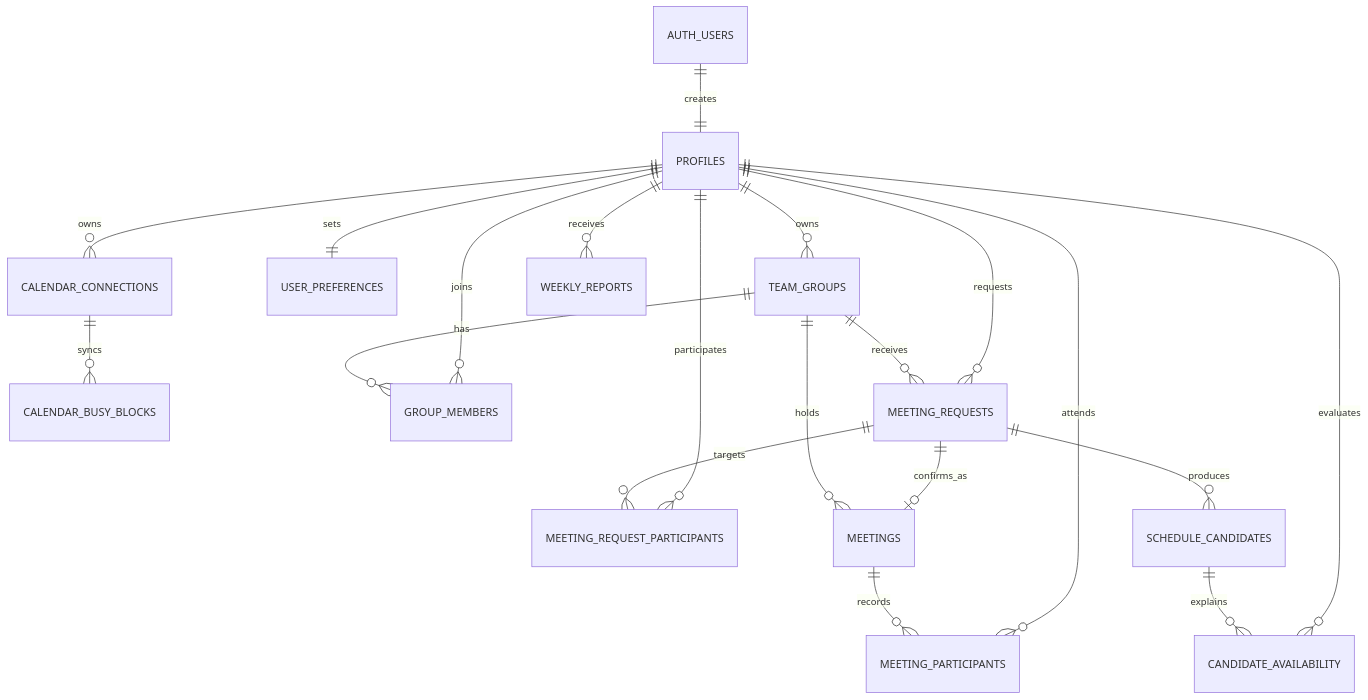
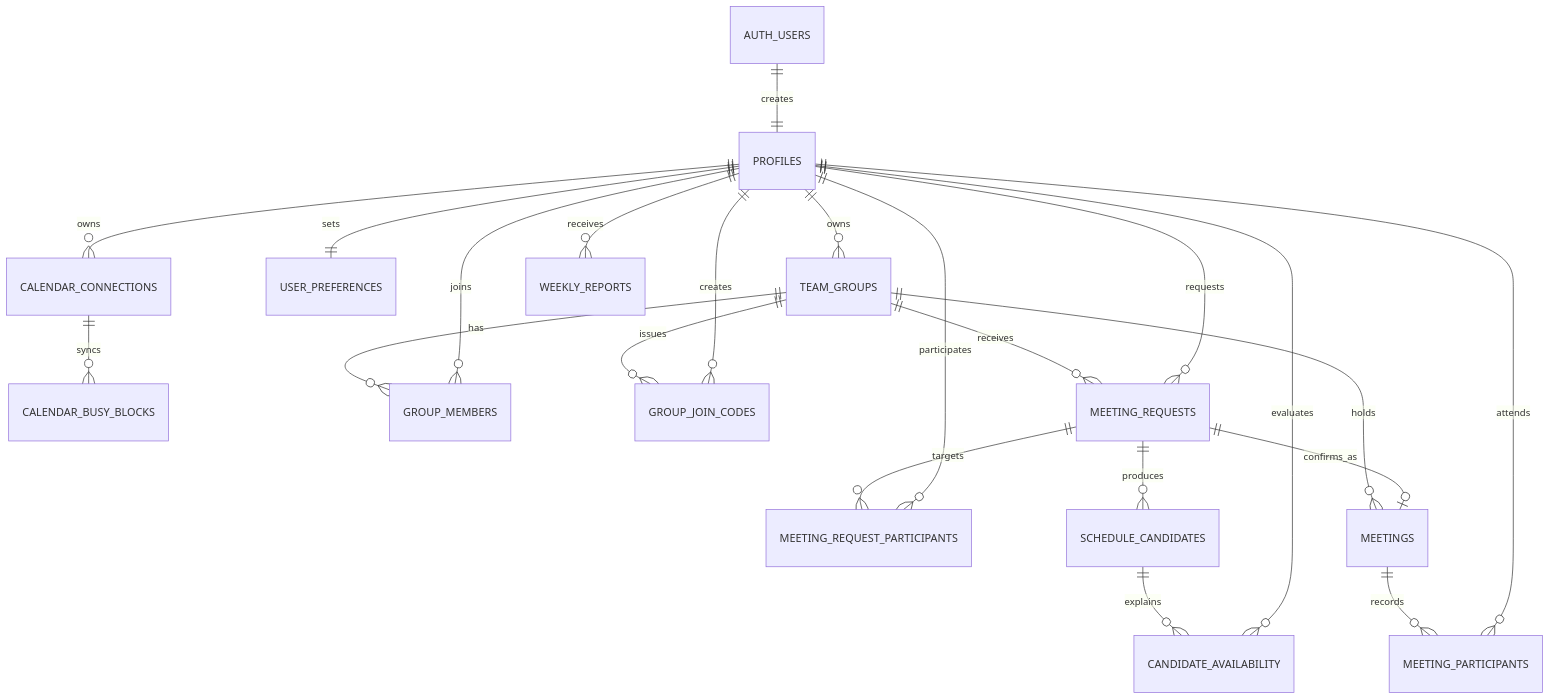
Before and after one commit to minjjae/AImeetingcoordinator: the diagram in docs/database.md, drawn with Mermaid. The commit also changed other lines of this file and 10 other files, not shown here.

Commit message:
feat(groups): add secure join code flow

````diff
--- a/docs/database.md
+++ b/docs/database.md
@@ -24,25 +24,27 @@
 ```mermaid
 erDiagram
     AUTH_USERS ||--|| PROFILES : creates
     PROFILES ||--o{ CALENDAR_CONNECTIONS : owns
     CALENDAR_CONNECTIONS ||--o{ CALENDAR_BUSY_BLOCKS : syncs
     PROFILES ||--|| USER_PREFERENCES : sets
 
     PROFILES ||--o{ TEAM_GROUPS : owns
     TEAM_GROUPS ||--o{ GROUP_MEMBERS : has
     PROFILES ||--o{ GROUP_MEMBERS : joins
+    TEAM_GROUPS ||--o{ GROUP_JOIN_CODES : issues
+    PROFILES ||--o{ GROUP_JOIN_CODES : creates
 
     TEAM_GROUPS ||--o{ MEETING_REQUESTS : receives
     PROFILES ||--o{ MEETING_REQUESTS : requests
     MEETING_REQUESTS ||--o{ MEETING_REQUEST_PARTICIPANTS : targets
     PROFILES ||--o{ MEETING_REQUEST_PARTICIPANTS : participates
     MEETING_REQUESTS ||--o{ SCHEDULE_CANDIDATES : produces
     SCHEDULE_CANDIDATES ||--o{ CANDIDATE_AVAILABILITY : explains
     PROFILES ||--o{ CANDIDATE_AVAILABILITY : evaluates
 
     TEAM_GROUPS ||--o{ MEETINGS : holds
     MEETING_REQUESTS ||--o| MEETINGS : confirms_as
     MEETINGS ||--o{ MEETING_PARTICIPANTS : records
     PROFILES ||--o{ MEETING_PARTICIPANTS : attends
     PROFILES ||--o{ WEEKLY_REPORTS : receives
 ```
````
